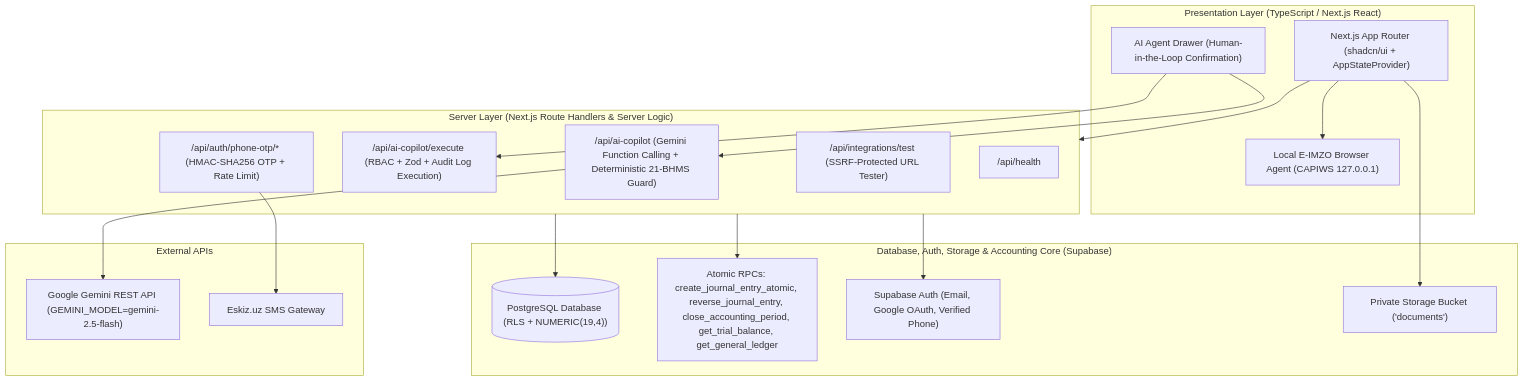
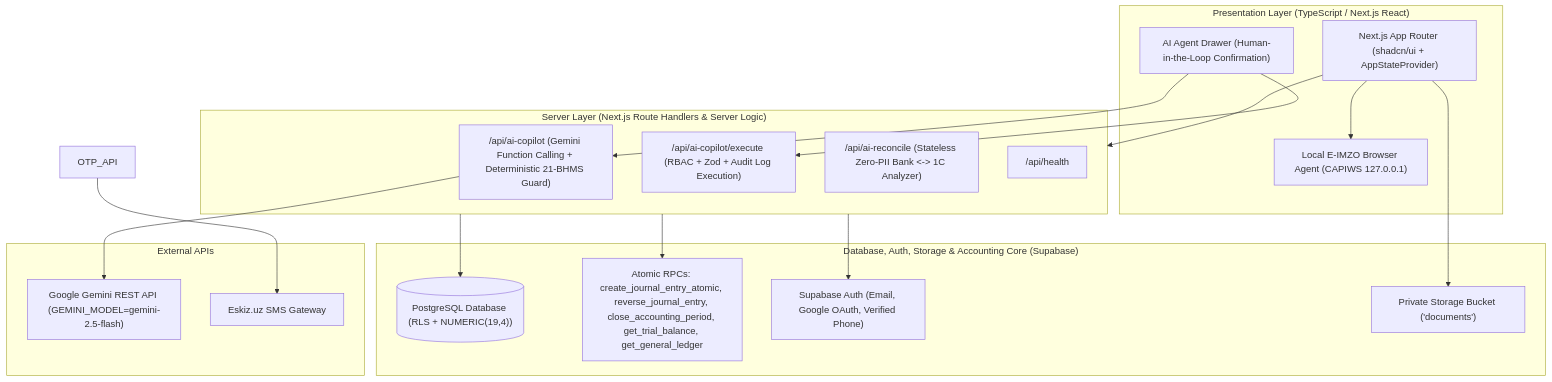
Before and after one commit to asror-vip/FIRMUS: the diagram in docs/architecture/ARCHITECTURE.md, drawn with Mermaid. The commit also changed other lines of this file and 53 other files, not shown here.

Commit message:
chore(clean): archive optional ERP modules, streamline Zero-PII Google-first SaaS & harden AI proposal guard

````diff
--- a/docs/architecture/ARCHITECTURE.md
+++ b/docs/architecture/ARCHITECTURE.md
@@ -7,39 +7,38 @@
 ```mermaid
 flowchart TD
     subgraph Client["Presentation Layer (TypeScript / Next.js React)"]
         WEB["Next.js App Router (shadcn/ui + AppStateProvider)"]
         EIMZO["Local E-IMZO Browser Agent (CAPIWS 127.0.0.1)"]
         DRAWER["AI Agent Drawer (Human-in-the-Loop Confirmation)"]
     end
 
     subgraph NextServer["Server Layer (Next.js Route Handlers & Server Logic)"]
         AI_ORCH["/api/ai-copilot (Gemini Function Calling + Deterministic 21-BHMS Guard)"]
         AI_EXEC["/api/ai-copilot/execute (RBAC + Zod + Audit Log Execution)"]
-        OTP_API["/api/auth/phone-otp/* (HMAC-SHA256 OTP + Rate Limit)"]
-        INTEG_API["/api/integrations/test (SSRF-Protected URL Tester)"]
+        AI_REC["/api/ai-reconcile (Stateless Zero-PII Bank <-> 1C Analyzer)"]
         HEALTH["/api/health"]
     end
 
     subgraph DataLayer["Database, Auth, Storage & Accounting Core (Supabase)"]
         DB[("PostgreSQL Database (RLS + NUMERIC(19,4))")]
         RPCS["Atomic RPCs: create_journal_entry_atomic, reverse_journal_entry, close_accounting_period, get_trial_balance, get_general_ledger"]
         AUTH["Supabase Auth (Email, Google OAuth, Verified Phone)"]
         S3["Private Storage Bucket ('documents')"]
     end
 
     subgraph External["External APIs"]
         GEMINI["Google Gemini REST API (GEMINI_MODEL=gemini-2.5-flash)"]
         ESKIZ["Eskiz.uz SMS Gateway"]
     end
 
     WEB --> NextServer
     WEB --> EIMZO
     DRAWER --> AI_ORCH
     DRAWER --> AI_EXEC
     NextServer --> DB
     NextServer --> RPCS
     NextServer --> AUTH
     WEB --> S3
     AI_ORCH --> GEMINI
     OTP_API --> ESKIZ
 ```
````
